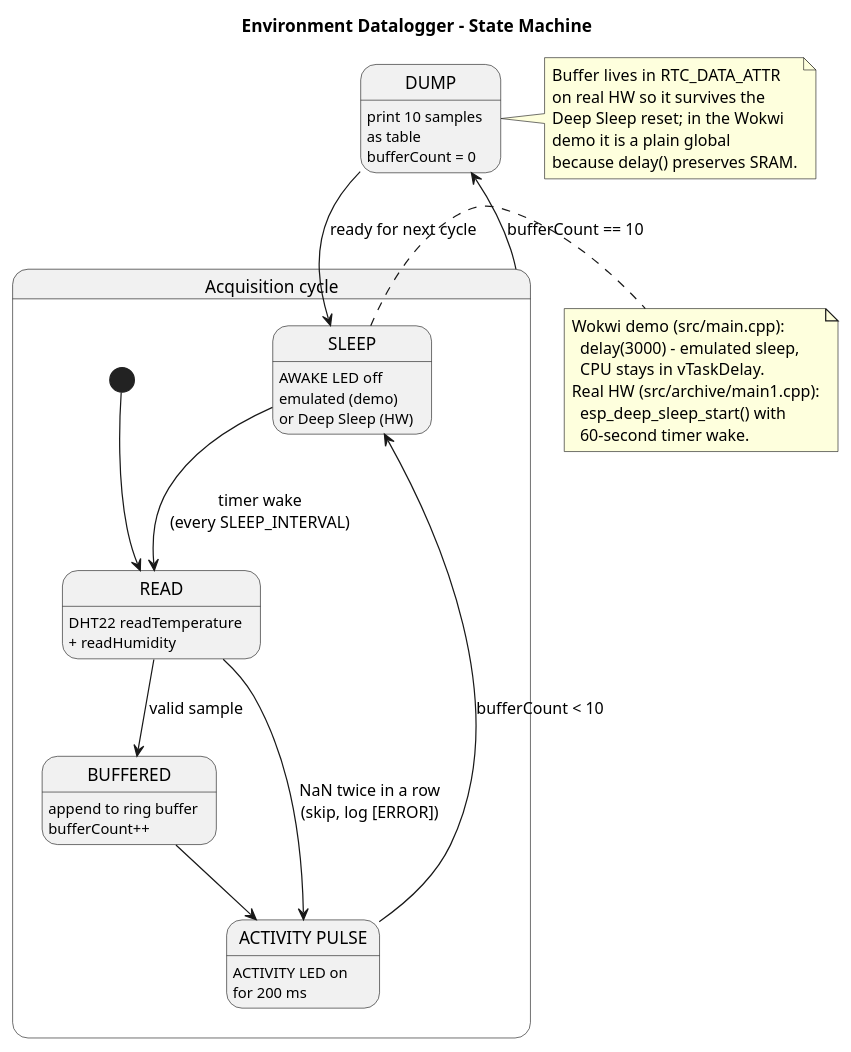
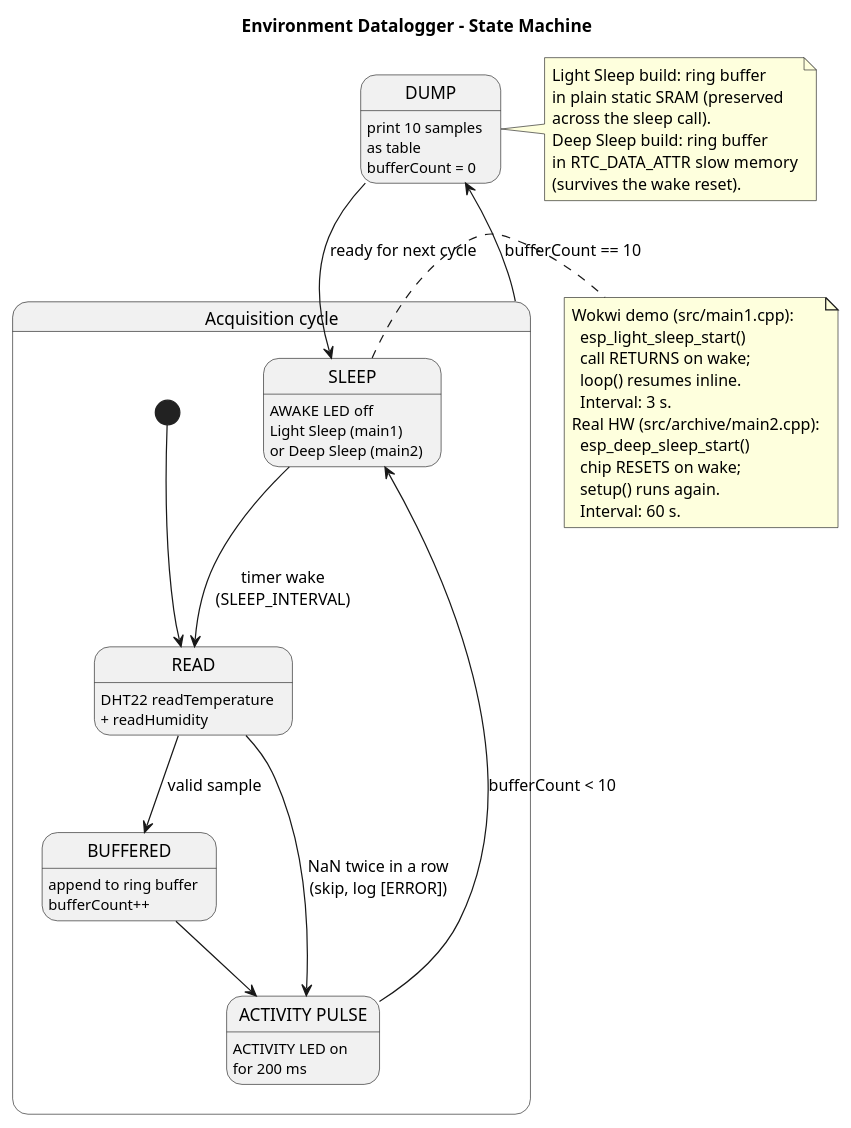
One commit to Ivek-rgb/RUS--Bencic changed the diagram in LAB2/docs/state_machine.puml. Above: the diagram before and after it, drawn with PlantUML. The commit also changed 13 other files, not shown here.

```diff
--- a/LAB2/docs/state_machine.puml
+++ b/LAB2/docs/state_machine.puml
@@ -1,39 +1,44 @@
 @startuml state_machine
 title Environment Datalogger - State Machine
 
 state "Acquisition cycle" as Cycle {
   state "READ"           as Read    : DHT22 readTemperature\n+ readHumidity
   state "BUFFERED"       as Buf     : append to ring buffer\nbufferCount++
   state "ACTIVITY PULSE" as Pulse   : ACTIVITY LED on\nfor 200 ms
-  state "SLEEP"          as Sleep   : AWAKE LED off\nemulated (demo)\nor Deep Sleep (HW)
+  state "SLEEP"          as Sleep   : AWAKE LED off\nLight Sleep (main1)\nor Deep Sleep (main2)
 
   [*] --> Read
   Read --> Buf     : valid sample
   Read --> Pulse   : NaN twice in a row\n(skip, log [ERROR])
   Buf  --> Pulse
   Pulse --> Sleep  : bufferCount < 10
 }
 
 state "DUMP" as Dump : print 10 samples\nas table\nbufferCount = 0
 Cycle --> Dump   : bufferCount == 10
 Dump  --> Sleep  : ready for next cycle
-Sleep --> Read   : timer wake\n(every SLEEP_INTERVAL)
+Sleep --> Read   : timer wake\n(SLEEP_INTERVAL)
 
 note right of Sleep
-  Wokwi demo (src/main.cpp):
-    delay(3000) - emulated sleep,
-    CPU stays in vTaskDelay.
-  Real HW (src/archive/main1.cpp):
-    esp_deep_sleep_start() with
-    60-second timer wake.
+  Wokwi demo (src/main1.cpp):
+    esp_light_sleep_start()
+    call RETURNS on wake;
+    loop() resumes inline.
+    Interval: 3 s.
+  Real HW (src/archive/main2.cpp):
+    esp_deep_sleep_start()
+    chip RESETS on wake;
+    setup() runs again.
+    Interval: 60 s.
 end note
 
 note right of Dump
-  Buffer lives in RTC_DATA_ATTR
-  on real HW so it survives the
-  Deep Sleep reset; in the Wokwi
-  demo it is a plain global
-  because delay() preserves SRAM.
+  Light Sleep build: ring buffer
+  in plain static SRAM (preserved
+  across the sleep call).
+  Deep Sleep build: ring buffer
+  in RTC_DATA_ATTR slow memory
+  (survives the wake reset).
 end note
 
 @enduml
```
